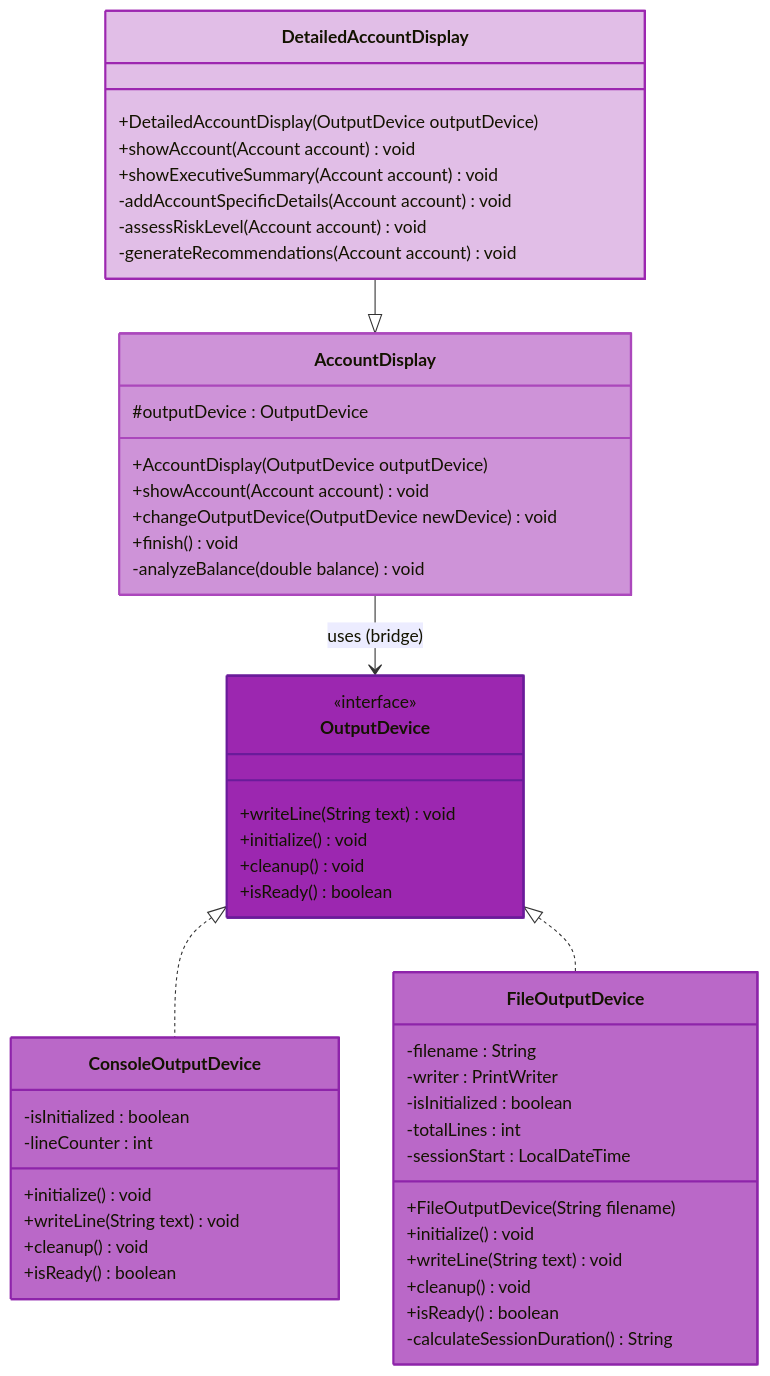
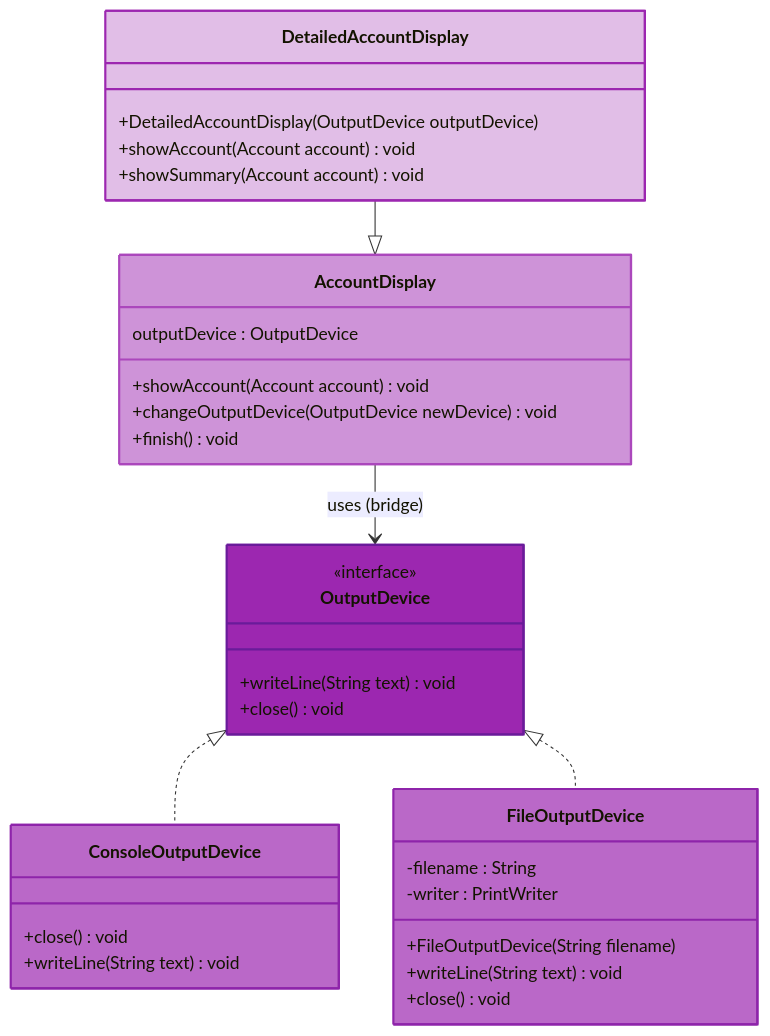
One commit to GianCarloFandialan/PROGETTO_OOP changed the seventh of 13 diagrams in README.md. Above: the diagram before and after it, drawn with Mermaid.

````diff
--- a/README.md
+++ b/README.md
@@ -287,62 +287,45 @@
 ```mermaid
 classDiagram
     class OutputDevice {
         <<interface>>
         +writeLine(String text) void
-        +initialize() void
-        +cleanup() void
-        +isReady() boolean
+        +close() void
     }
 
     class ConsoleOutputDevice {
-        -isInitialized : boolean
-        -lineCounter : int
-        +initialize() void
+        +close() void
         +writeLine(String text) void
-        +cleanup() void
-        +isReady() boolean
     }
 
     class FileOutputDevice {
         -filename : String
         -writer : PrintWriter
-        -isInitialized : boolean
-        -totalLines : int
-        -sessionStart : LocalDateTime
         +FileOutputDevice(String filename)
-        +initialize() void
         +writeLine(String text) void
-        +cleanup() void
-        +isReady() boolean
-        -calculateSessionDuration() String
+        +close() void
     }
 
     class AccountDisplay {
-        #outputDevice : OutputDevice
-        +AccountDisplay(OutputDevice outputDevice)
+        outputDevice : OutputDevice
         +showAccount(Account account) void
         +changeOutputDevice(OutputDevice newDevice) void
         +finish() void
-        -analyzeBalance(double balance) void
     }
 
     class DetailedAccountDisplay {
         +DetailedAccountDisplay(OutputDevice outputDevice)
         +showAccount(Account account) void
-        +showExecutiveSummary(Account account) void
-        -addAccountSpecificDetails(Account account) void
-        -assessRiskLevel(Account account) void
-        -generateRecommendations(Account account) void
+        +showSummary(Account account) void
     }
 
     OutputDevice <|.. ConsoleOutputDevice
     OutputDevice <|.. FileOutputDevice
     AccountDisplay --> OutputDevice : uses (bridge)
     DetailedAccountDisplay --|> AccountDisplay
 
     style OutputDevice fill:#9c27b0,stroke:#6a1b9a,stroke-width:2px
     style ConsoleOutputDevice fill:#ba68c8,stroke:#8e24aa,stroke-width:2px
     style FileOutputDevice fill:#ba68c8,stroke:#8e24aa,stroke-width:2px
     style AccountDisplay fill:#ce93d8,stroke:#ab47bc,stroke-width:2px
     style DetailedAccountDisplay fill:#e1bee7,stroke:#9c27b0,stroke-width:2px
 ```
````
